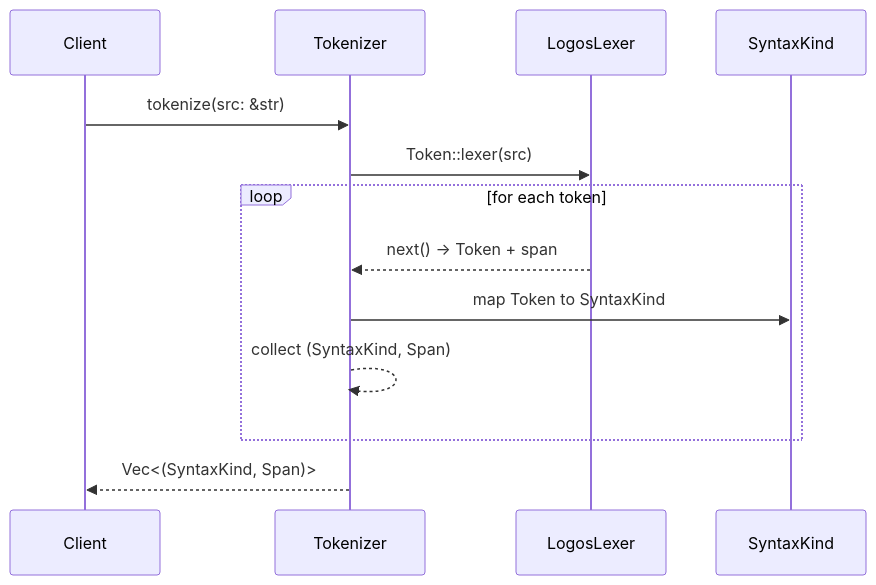
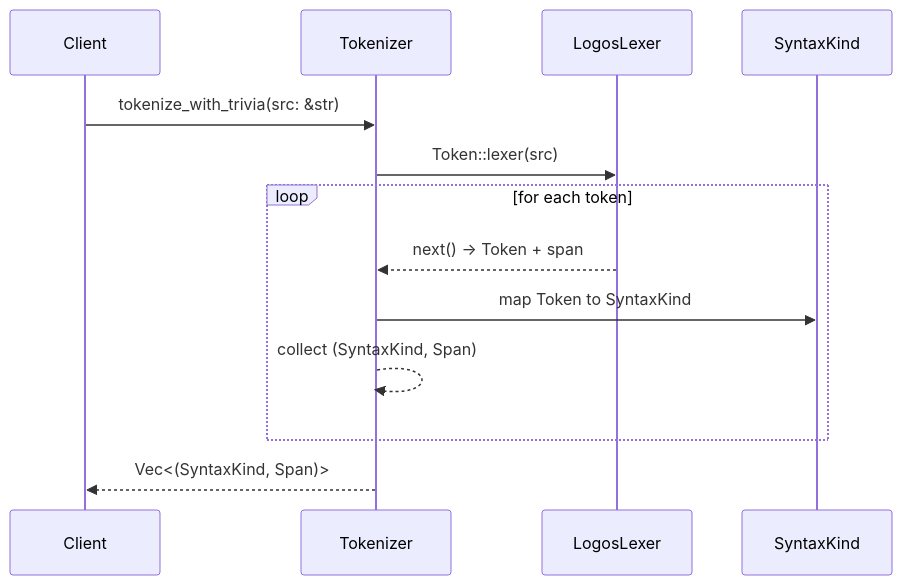
One commit to leynos/ddlint changed the first of 2 diagrams in docs/parser-plan.md. Above: the diagram before and after it, drawn with Mermaid. The commit also changed 14 other files, not shown here.

````diff
--- a/docs/parser-plan.md
+++ b/docs/parser-plan.md
@@ -42,15 +42,15 @@
 ```mermaid
 sequenceDiagram
     participant Client
     participant Tokenizer
     participant LogosLexer
     participant SyntaxKind
-    Client->>Tokenizer: tokenize(src: &str)
+    Client->>Tokenizer: tokenize_with_trivia(src: &str)
     Tokenizer->>LogosLexer: Token::lexer(src)
     loop for each token
         LogosLexer-->>Tokenizer: next() -> Token + span
         Tokenizer->>SyntaxKind: map Token to SyntaxKind
         Tokenizer-->>Tokenizer: collect (SyntaxKind, Span)
     end
     Tokenizer-->>Client: Vec<(SyntaxKind, Span)>
 ```
````
